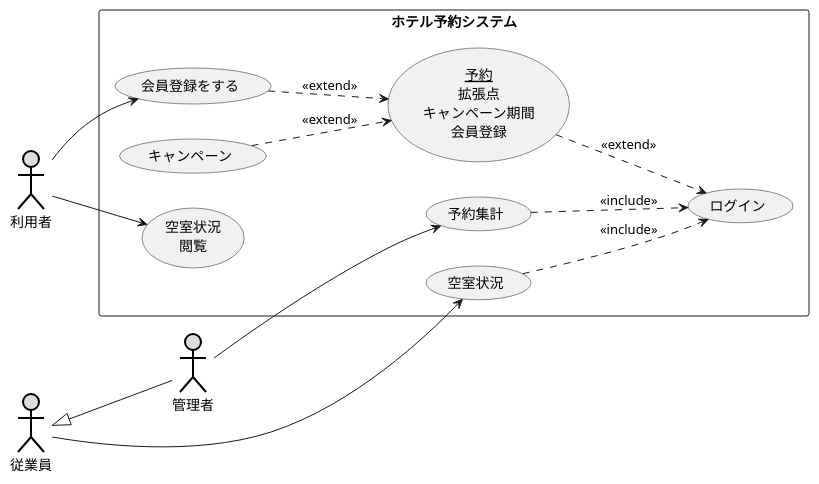
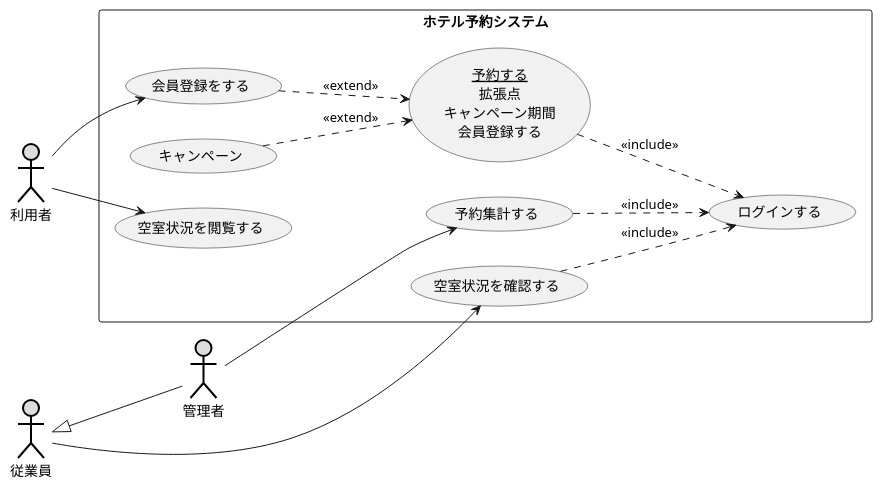
Before and after one commit to papipuponpon/uml-introduction: the diagram in 演習2-8_UC_ホテル予約システム.pu, drawn with PlantUML.

Commit message:
修正

```diff
--- a/演習2-8_UC_ホテル予約システム.pu
+++ b/演習2-8_UC_ホテル予約システム.pu
@@ -1,26 +1,26 @@
 @startuml ユースケース図
 actor 利用者 #DDDDDD;line:black;line.bold;
 actor 従業員 #DDDDDD;line:black;line.bold;
 actor 管理者 #DDDDDD;line:black;line.bold;
 rectangle ホテル予約システム {
 usecase 会員登録をする as K
-usecase (<u>予約</u>\n拡張点\nキャンペーン期間\n会員登録) as Y
+usecase (<u>予約する</u>\n拡張点\nキャンペーン期間\n会員登録する) as Y
 usecase キャンペーン as KP
-usecase (空室状況\n閲覧) as E
-usecase 予約集計 as YS
-usecase ログイン as L
-usecase 空室状況 as KJ
+usecase 空室状況を閲覧する as E
+usecase 予約集計する as YS
+usecase ログインする as L
+usecase 空室状況を確認する as KJ
 }
 利用者 --> K
 left to right direction
 K ..> Y : <<extend>>
 KP ..> Y : <<extend>>
-Y ..> L : <<extend>>
+Y ..> L : <<include>>
 YS ..> L : <<include>>
 利用者 --> E
 従業員 <|-- 管理者
 管理者 --> YS
 従業員 --> KJ
 KJ ..> L : <<include>>
 left to right direction
 @enduml
```
